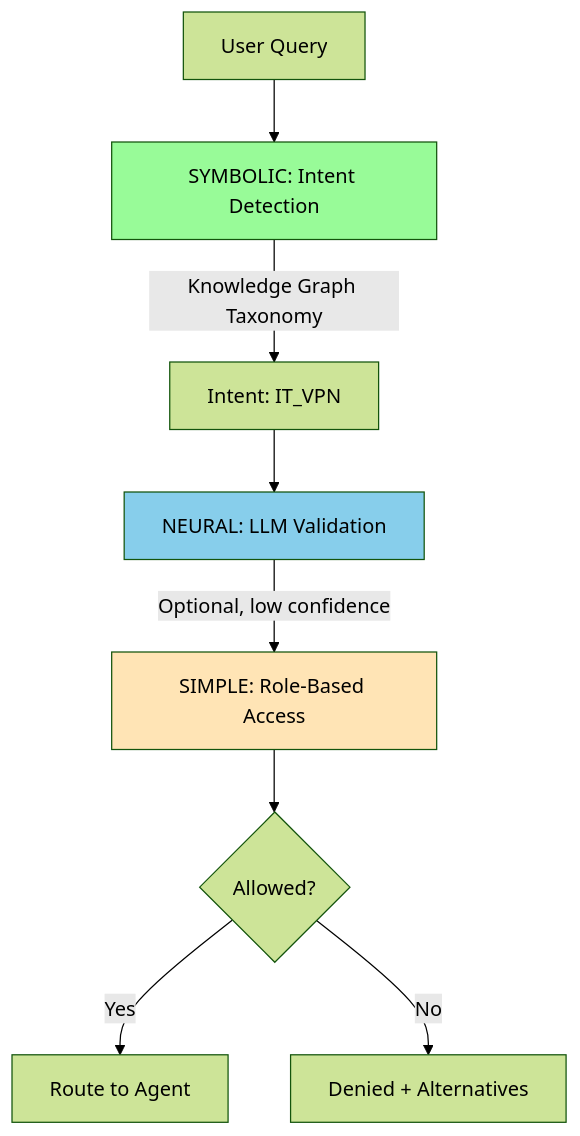
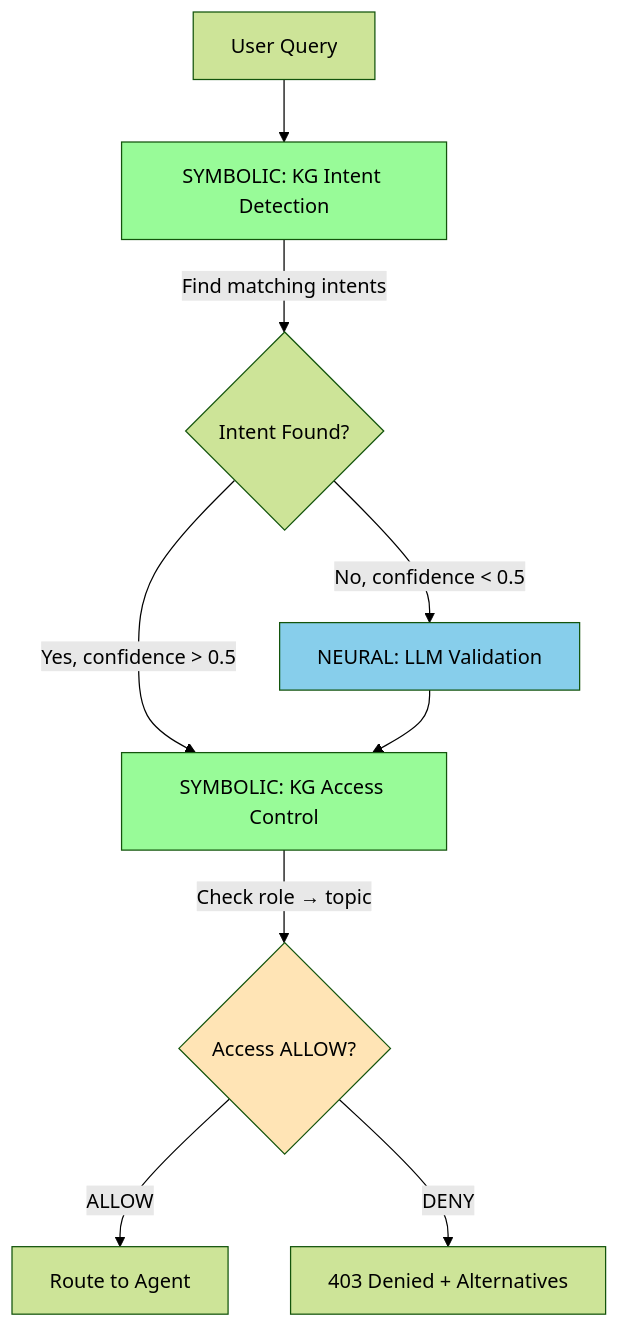
The fourth of 5 diagrams in README.md (arananet/edgeneuro), drawn with Mermaid (forest theme) before and after one commit. The commit also changed other lines of this file, not shown here.

First line of the commit message:
Update README with TRUE Neuro-Symbolic architecture diagrams

````diff
--- a/README.md
+++ b/README.md
@@ -173,14 +173,16 @@
 ```mermaid
 flowchart TD
-    Q[User Query] --> S1[SYMBOLIC: Intent Detection]
-    S1 -->|Knowledge Graph Taxonomy| I[Intent: IT_VPN]
-    I --> N[NEURAL: LLM Validation]
-    N -->|Optional, low confidence| A[SIMPLE: Role-Based Access]
-    A --> D{Allowed?}
-    D -->|Yes| R[Route to Agent]
-    D -->|No| E[Denied + Alternatives]
+    Q[User Query] --> S1[SYMBOLIC: KG Intent Detection]
+    S1 -->|Find matching intents| I{Intent Found?}
+    I -->|Yes, confidence > 0.5| S2[SYMBOLIC: KG Access Control]
+    I -->|No, confidence < 0.5| N[NEURAL: LLM Validation]
+    N --> S2
+    S2 -->|Check role → topic| D{Access ALLOW?}
+    D -->|ALLOW| R[Route to Agent]
+    D -->|DENY| E[403 Denied + Alternatives]
     
     style S1 fill:#98FB98
+    style S2 fill:#98FB98
     style N fill:#87CEEB
-    style A fill:#FFE4B5
+    style D fill:#FFE4B5
 ```
````
